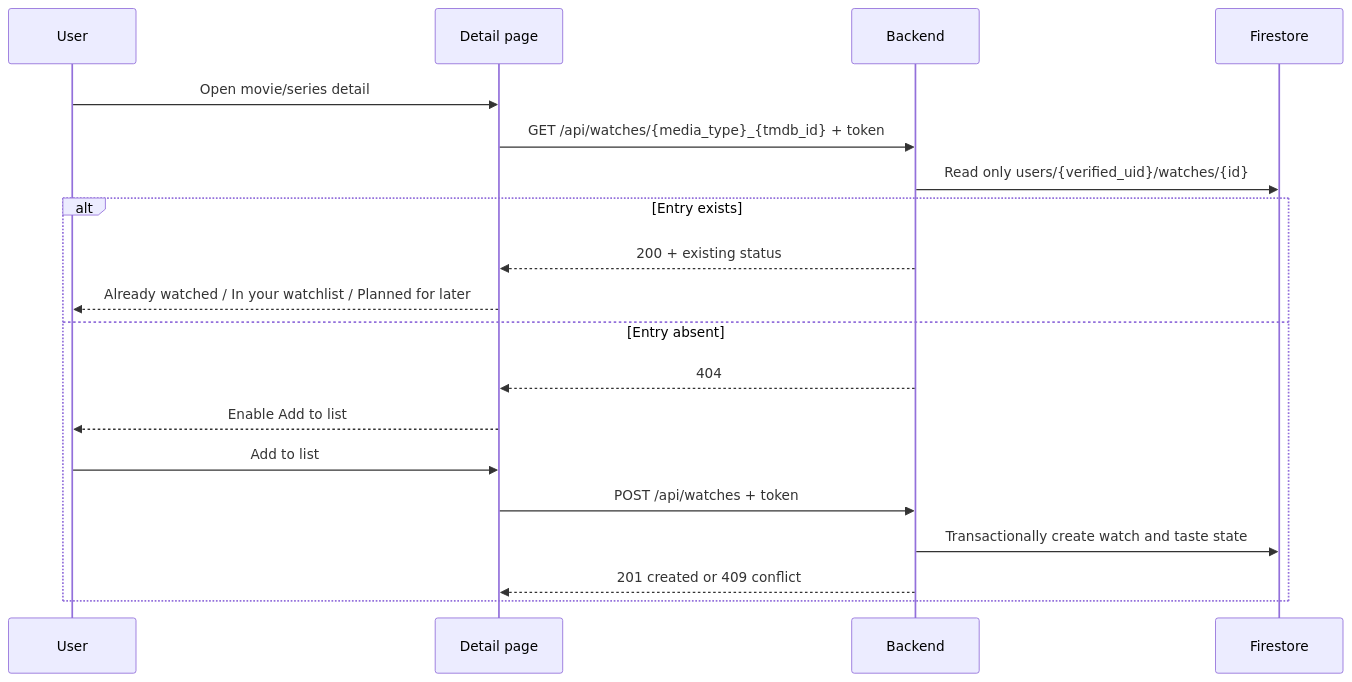
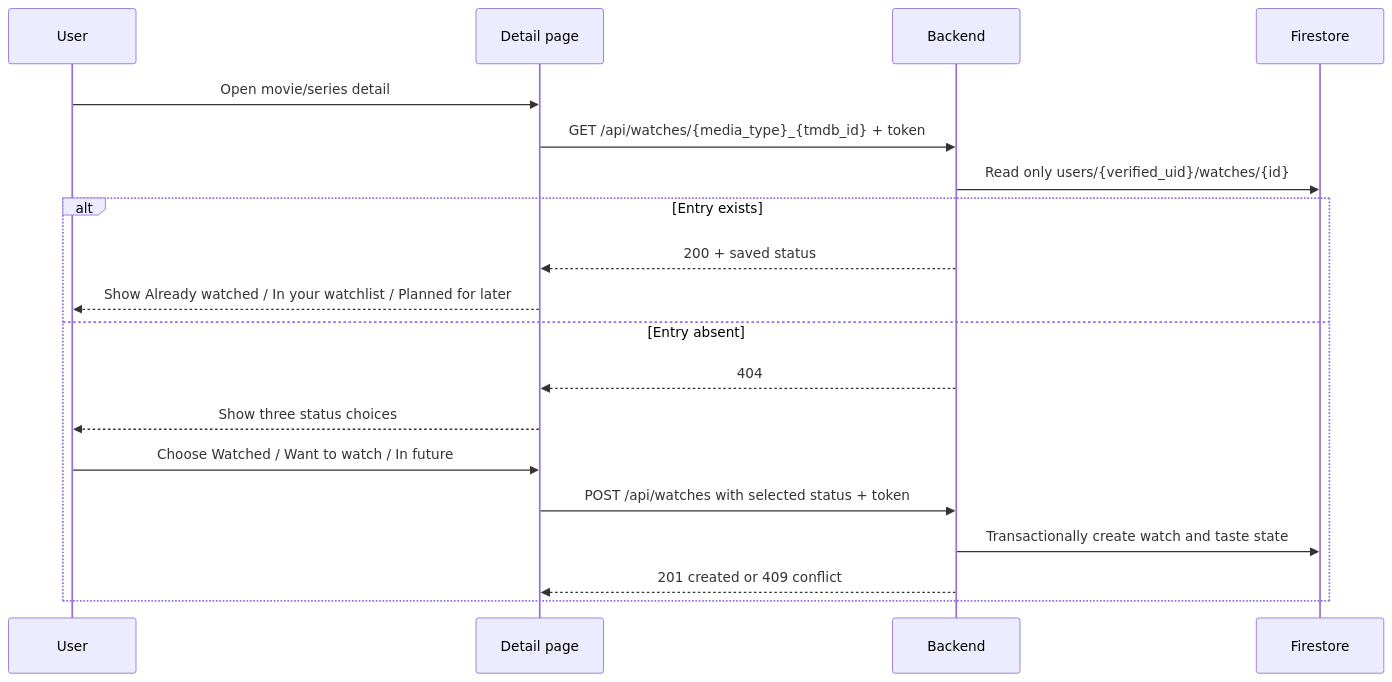
The third of 4 diagrams in docs/04_App_Flow.md (Shreyas-patil07/Dex), drawn with Mermaid before and after one commit. The commit also changed other lines of this file and 5 other files, not shown here.

Commit message:
docs: document explicit media watch status choices

````diff
--- a/docs/04_App_Flow.md
+++ b/docs/04_App_Flow.md
@@ -51,21 +51,21 @@
 ```mermaid
 sequenceDiagram
     participant U as User
     participant UI as Detail page
     participant API as Backend
     participant DB as Firestore
     U->>UI: Open movie/series detail
     UI->>API: GET /api/watches/{media_type}_{tmdb_id} + token
     API->>DB: Read only users/{verified_uid}/watches/{id}
     alt Entry exists
-      API-->>UI: 200 + existing status
-      UI-->>U: Already watched / In your watchlist / Planned for later
+      API-->>UI: 200 + saved status
+      UI-->>U: Show Already watched / In your watchlist / Planned for later
     else Entry absent
       API-->>UI: 404
-      UI-->>U: Enable Add to list
-      U->>UI: Add to list
-      UI->>API: POST /api/watches + token
+      UI-->>U: Show three status choices
+      U->>UI: Choose Watched / Want to watch / In future
+      UI->>API: POST /api/watches with selected status + token
       API->>DB: Transactionally create watch and taste state
       API-->>UI: 201 created or 409 conflict
     end
 ```
````
